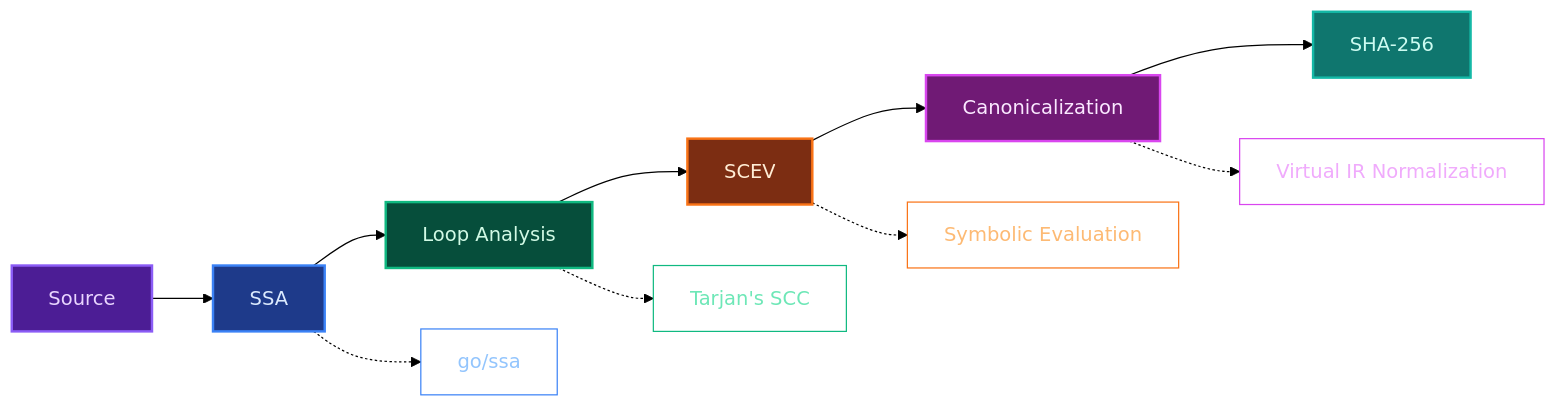
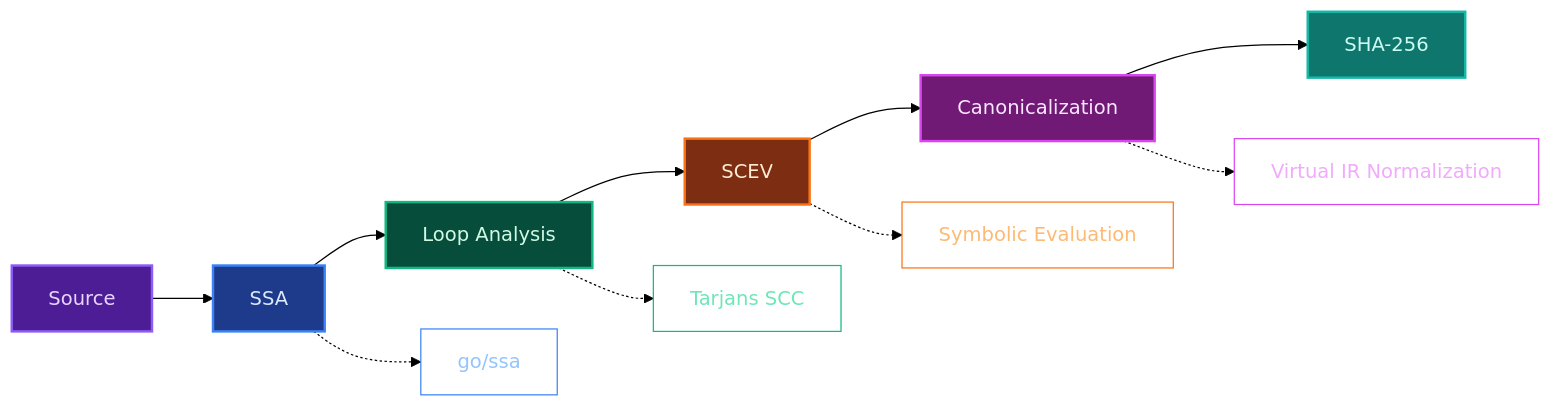
Before and after one commit to BlackVectorOps/semantic_firewall: the third of 3 diagrams in README.md, drawn with Mermaid (forest theme). The commit also changed other lines of this file, not shown here.

````diff
--- a/README.md
+++ b/README.md
@@ -819,25 +851,25 @@
 ```mermaid
 flowchart LR
-    A["Source"] --> B["SSA"]
-    B --> C["Loop Analysis"]
-    C --> D["SCEV"]
-    D --> E["Canonicalization"]
-    E --> F["SHA-256"]
+    A[Source] --> B[SSA]
+    B --> C[Loop Analysis]
+    C --> D[SCEV]
+    D --> E[Canonicalization]
+    E --> F[SHA-256]
     
-    B -.-> B1["go/ssa"]
-    C -.-> C1["Tarjan's SCC"]
-    D -.-> D1["Symbolic Evaluation"]
-    E -.-> E1["Virtual IR Normalization"]
+    B -.-> B1[go/ssa]
+    C -.-> C1[Tarjans SCC]
+    D -.-> D1[Symbolic Evaluation]
+    E -.-> E1[Virtual IR Normalization]
     
     style A fill:#4c1d95,stroke:#8b5cf6,stroke-width:2px,color:#e9d5ff
     style B fill:#1e3a8a,stroke:#3b82f6,stroke-width:2px,color:#dbeafe
     style C fill:#064e3b,stroke:#10b981,stroke-width:2px,color:#d1fae5
     style D fill:#7c2d12,stroke:#f97316,stroke-width:2px,color:#ffedd5
     style E fill:#701a75,stroke:#d946ef,stroke-width:2px,color:#fae8ff
     style F fill:#0f766e,stroke:#14b8a6,stroke-width:2px,color:#ccfbf1
     
     style B1 fill:transparent,stroke:#3b82f6,color:#93c5fd
     style C1 fill:transparent,stroke:#10b981,color:#6ee7b7
     style D1 fill:transparent,stroke:#f97316,color:#fdba74
     style E1 fill:transparent,stroke:#d946ef,color:#f0abfc
 ```
````
